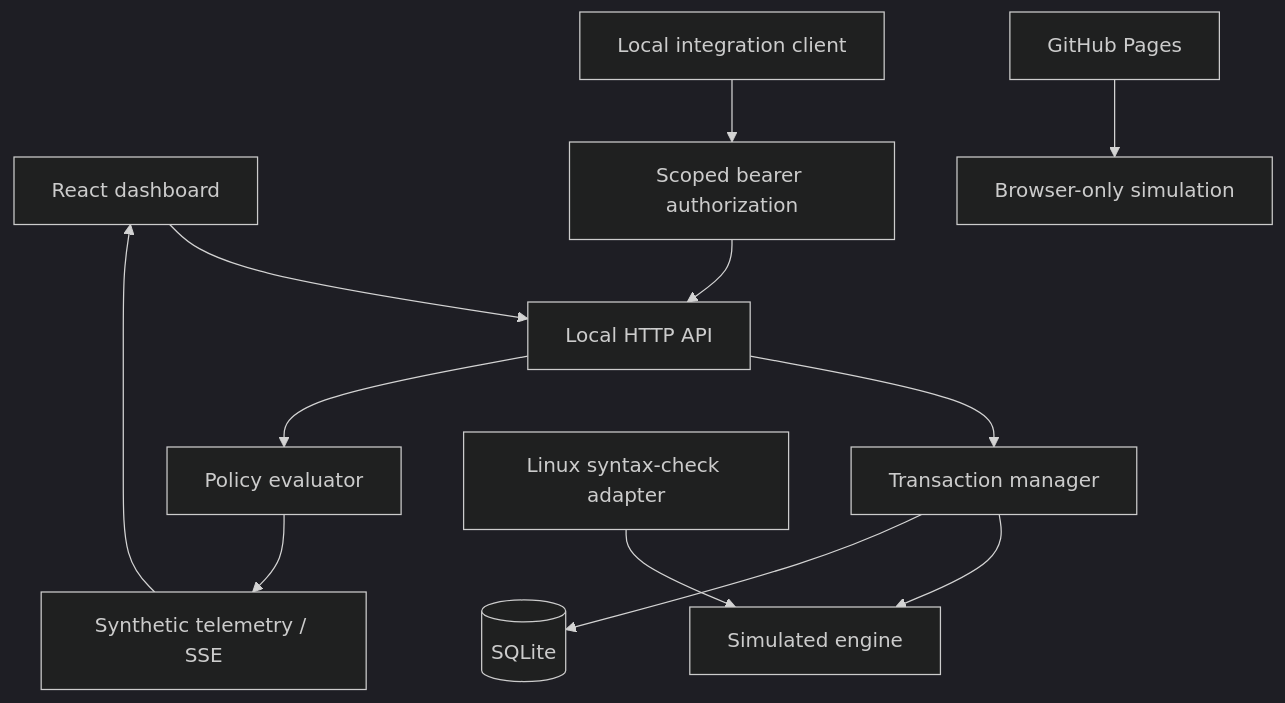
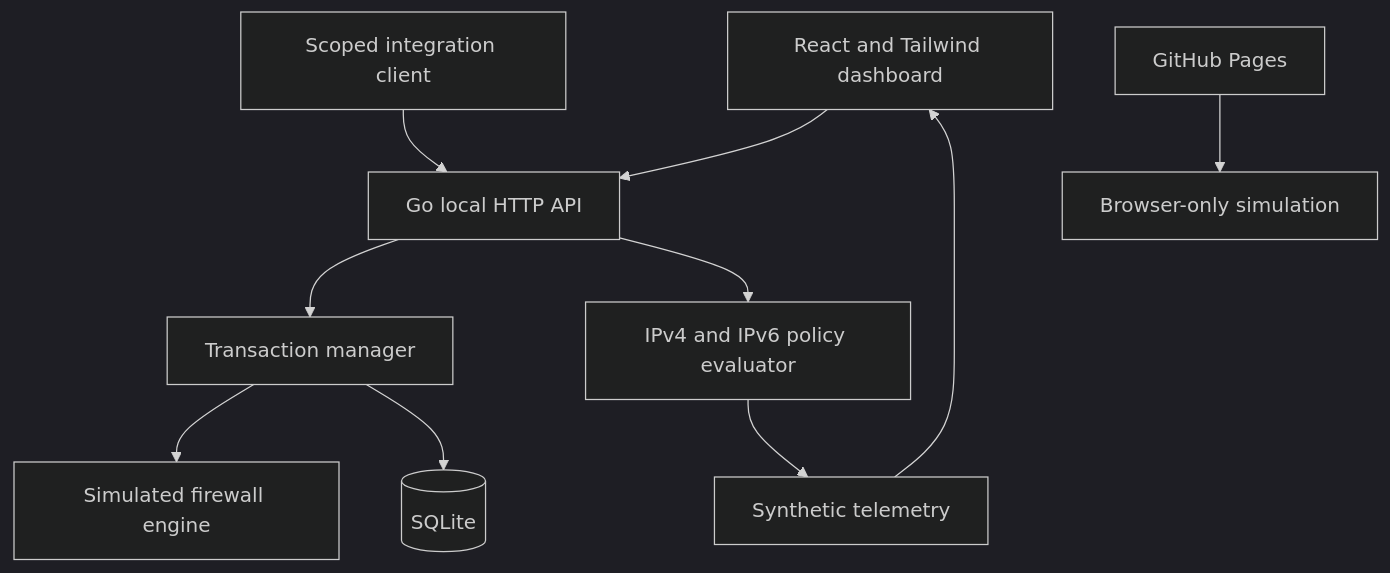
One commit to TechieEngineer/veilwall changed the second of 2 diagrams in README.md. Above: the diagram before and after it, drawn with Mermaid (dark theme). The commit also changed other lines of this file, not shown here.

Commit message:
docs: improve README with quickstart and API integration guide

````diff
--- a/README.md
+++ b/README.md
@@ -70,14 +230,12 @@
 ```mermaid
 flowchart TD
-  R[React dashboard] --> A[Local HTTP API]
-  X[Local integration client] --> K[Scoped bearer authorization]
-  K --> A
-  A --> M[Transaction manager]
-  M --> E[Simulated engine]
-  M --> DB[(SQLite)]
-  A --> P[Policy evaluator]
-  P --> T[Synthetic telemetry / SSE]
-  T --> R
-  N[Linux syntax-check adapter] --> E
-  G[GitHub Pages] --> B[Browser-only simulation]
+    React[React and Tailwind dashboard] --> HTTP[Go local HTTP API]
+    Integration[Scoped integration client] --> HTTP
+    HTTP --> Manager[Transaction manager]
+    Manager --> Engine[Simulated firewall engine]
+    Manager --> SQLite[(SQLite)]
+    HTTP --> Evaluator[IPv4 and IPv6 policy evaluator]
+    Evaluator --> Telemetry[Synthetic telemetry]
+    Telemetry --> React
+    Pages[GitHub Pages] --> Browser[Browser-only simulation]
 ```
````
